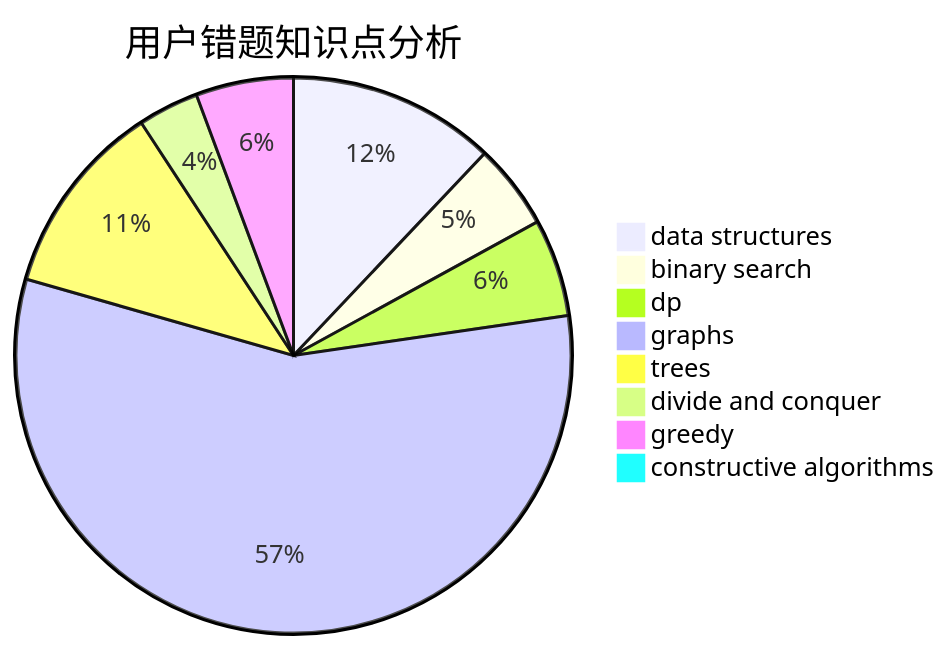
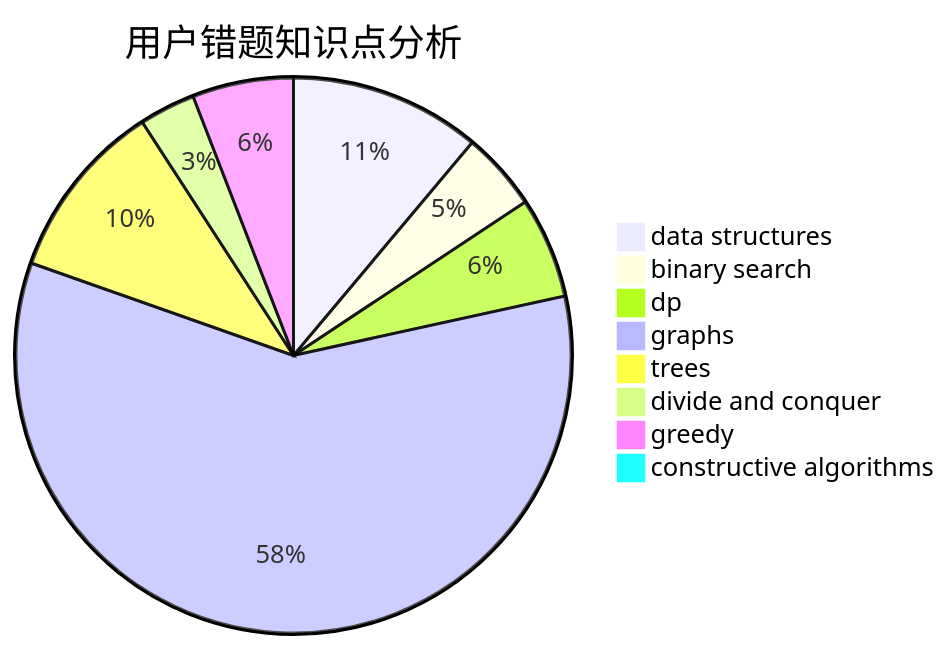
One commit to sherpahu/cfrs.github.io changed the third of 3 diagrams in docs/user/u953.md. Above: the diagram before and after it, drawn with Mermaid. The commit also changed other lines of this file and 2770 other files, not shown here.

````diff
--- a/docs/user/u953.md
+++ b/docs/user/u953.md
@@ -36,11 +36,11 @@
 ```mermaid
 pie title 用户错题知识点分析
     "data structures" :  17
     "binary search" :  7
-    "dp" :  8
-    "graphs" :  80
+    "dp" :  9
+    "graphs" :  90
     "trees" :  16
     "divide and conquer" :  5
-    "greedy" :  8
-    "constructive algorithms" :  0
+    "greedy" :  9
+    "constructive algorithms" :  1
 ```
````
